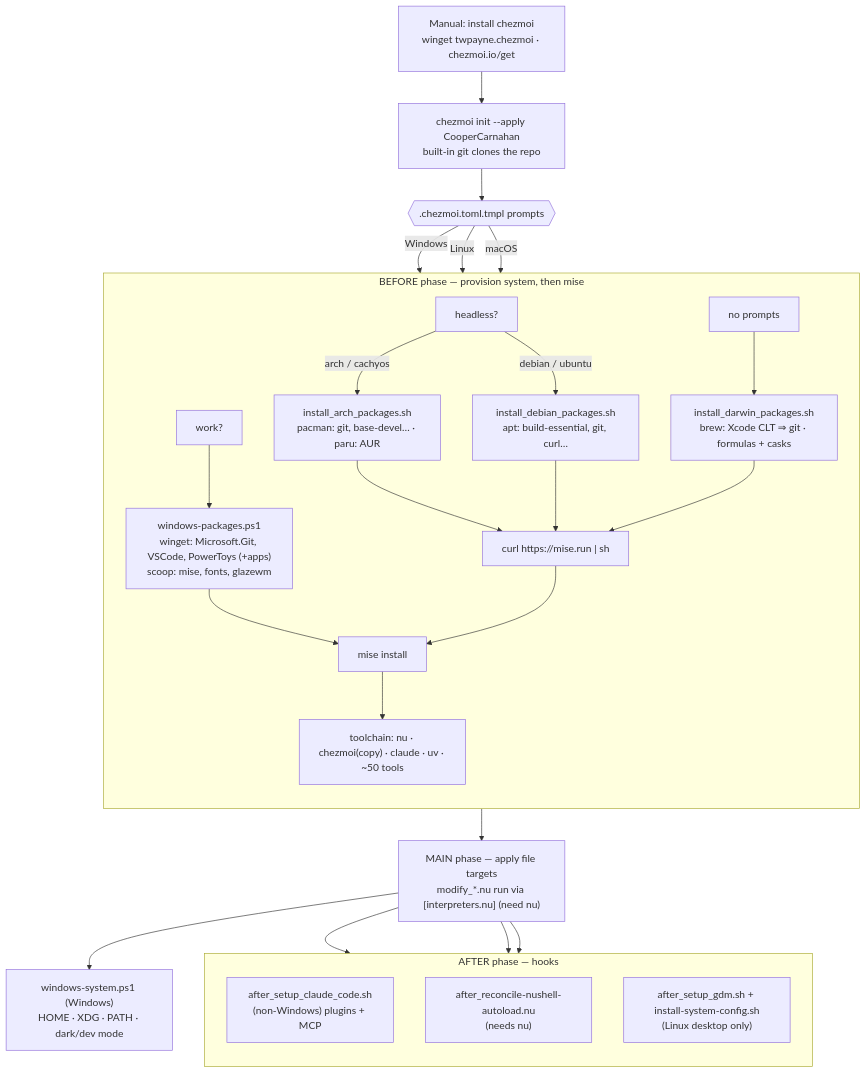
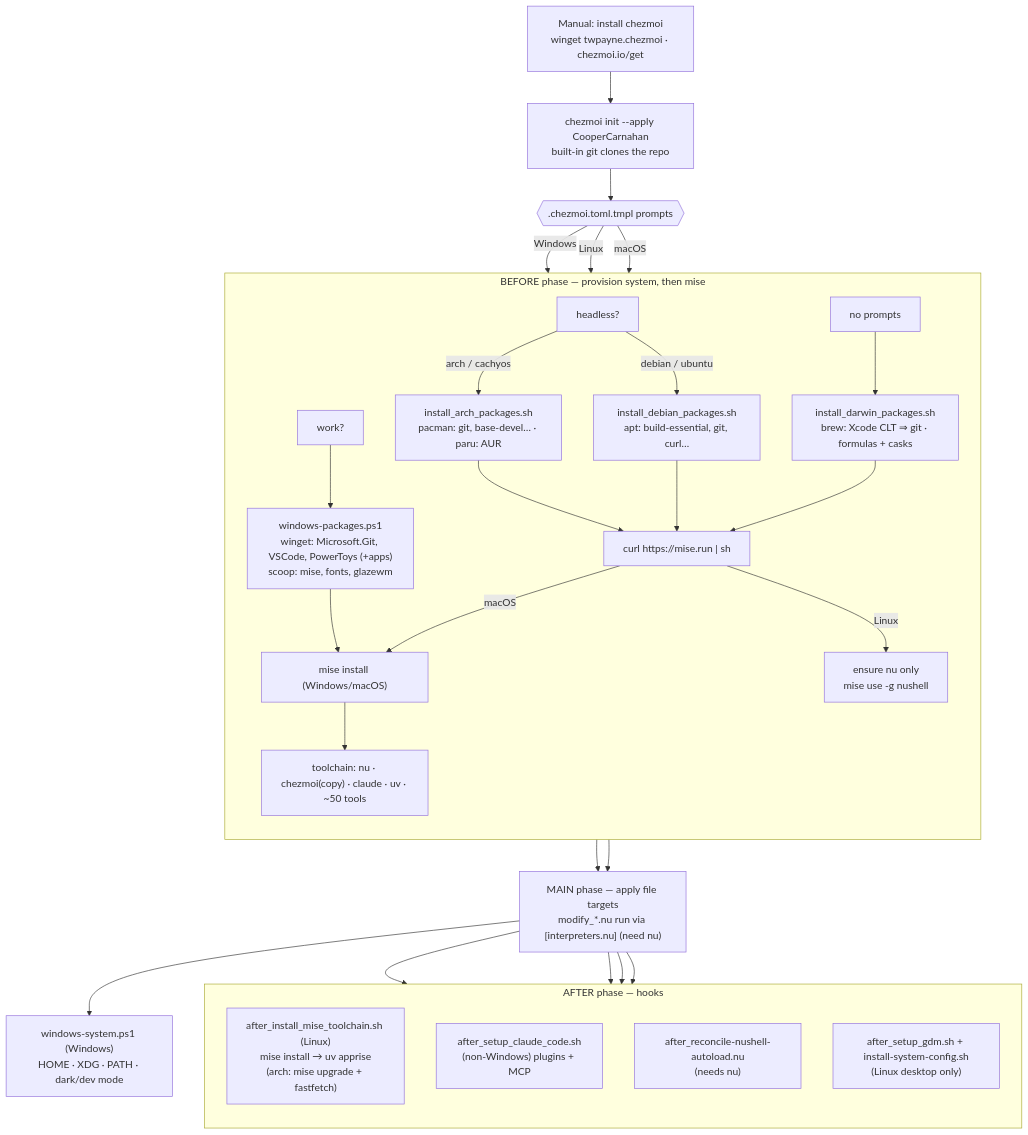
The diagram in README.md (CooperCarnahan/dotfiles), drawn with Mermaid before and after one commit. The commit also changed other lines of this file and 3 other files, not shown here.

First line of the commit message:
fix(bootstrap): materialize mise toolchain after the file phase

````diff
--- a/README.md
+++ b/README.md
@@ -62,36 +66,40 @@
 ```mermaid
 flowchart TD
     A["Manual: install chezmoi<br/>winget twpayne.chezmoi · chezmoi.io/get"]
     A --> B["chezmoi init --apply CooperCarnahan<br/>built-in git clones the repo"]
     B --> C{{".chezmoi.toml.tmpl prompts"}}
     C -->|Windows| Pw["work?"]
     C -->|Linux| Pl["headless?"]
     C -->|macOS| Pm["no prompts"]
 
     subgraph BEFORE["BEFORE phase — provision system, then mise"]
       direction TB
       Pw --> Bw["windows-packages.ps1<br/>winget: Microsoft.Git, VSCode, PowerToys (+apps)<br/>scoop: mise, fonts, glazewm"]
       Pl -->|arch / cachyos| Ba["install_arch_packages.sh<br/>pacman: git, base-devel… · paru: AUR"]
       Pl -->|debian / ubuntu| Bd["install_debian_packages.sh<br/>apt: build-essential, git, curl…"]
       Pm --> Bm["install_darwin_packages.sh<br/>brew: Xcode CLT ⇒ git · formulas + casks"]
       Ba --> Rn["curl https://mise.run | sh"]
       Bd --> Rn
       Bm --> Rn
-      Bw --> Mi["mise install"]
-      Rn --> Mi
+      Bw --> Mi["mise install (Windows/macOS)"]
+      Rn -->|macOS| Mi
+      Rn -->|Linux| NuE["ensure nu only<br/>mise use -g nushell"]
       Mi --> Tc["toolchain: nu · chezmoi(copy) · claude · uv · ~50 tools"]
     end
 
     Tc --> Main["MAIN phase — apply file targets<br/>modify_*.nu run via [interpreters.nu] (need nu)"]
+    NuE --> Main
     Main --> Sys["windows-system.ps1 (Windows)<br/>HOME · XDG · PATH · dark/dev mode"]
 
     subgraph AFTER["AFTER phase — hooks"]
       direction TB
+      Tl["after_install_mise_toolchain.sh (Linux)<br/>mise install → uv apprise<br/>(arch: mise upgrade + fastfetch)"]
       Cc["after_setup_claude_code.sh<br/>(non-Windows) plugins + MCP"]
       Nu["after_reconcile-nushell-autoload.nu<br/>(needs nu)"]
       Gd["after_setup_gdm.sh + install-system-config.sh<br/>(Linux desktop only)"]
     end
+    Main --> Tl
     Main --> Cc
     Main --> Nu
     Main --> Gd
 ```
````
